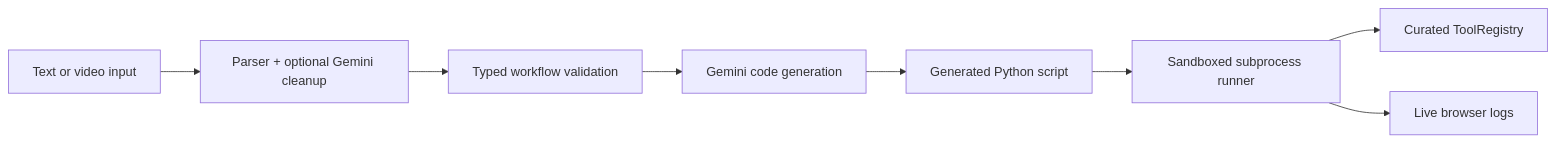
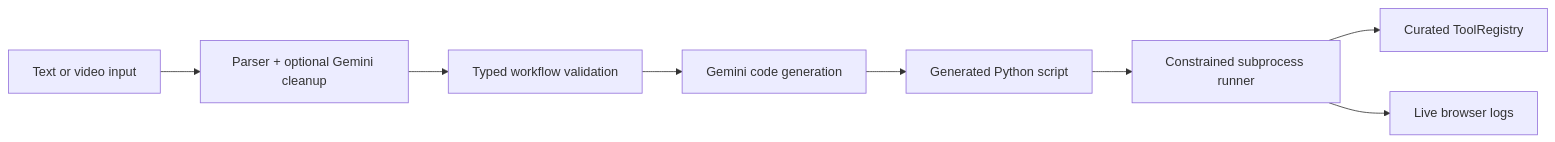
Before and after one commit to KMeltzer24/workflowMVP: the diagram in README.md, drawn with Mermaid. The commit also changed other lines of this file and 56 other files, not shown here.

````diff
--- a/README.md
+++ b/README.md
@@ -43,10 +41,10 @@
 ```mermaid
 flowchart LR
     input["Text or video input"] --> planner["Parser + optional Gemini cleanup"]
     planner --> validation["Typed workflow validation"]
     validation --> codegen["Gemini code generation"]
     codegen --> script["Generated Python script"]
-    script --> runner["Sandboxed subprocess runner"]
+    script --> runner["Constrained subprocess runner"]
     runner --> tools["Curated ToolRegistry"]
     runner --> logs["Live browser logs"]
 ```
````
